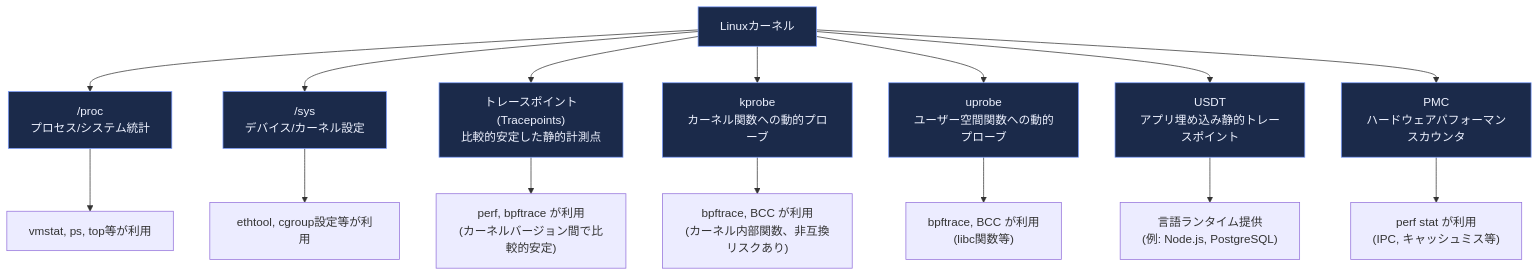
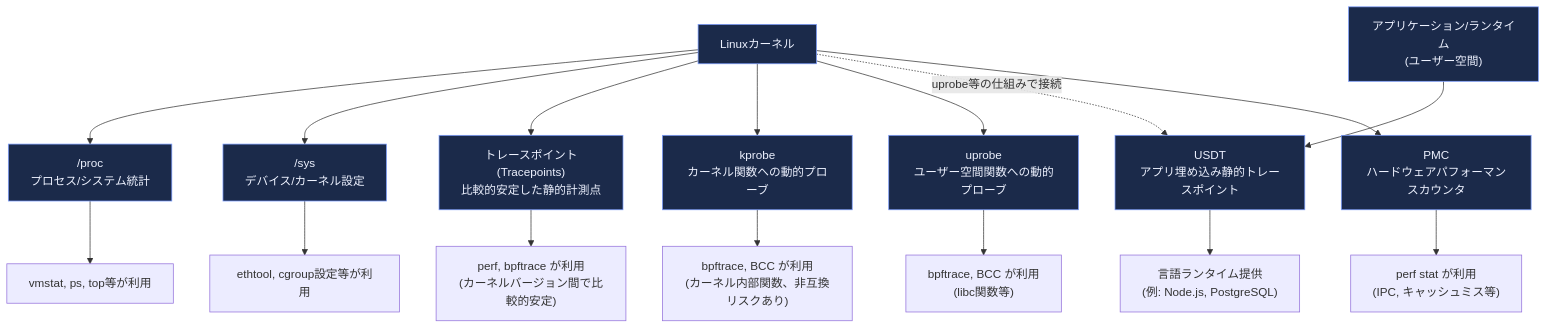
Before and after one commit to myoshi2891/Cloud-Infrastructure-Studies: the seventh of 18 diagrams in Systems-performance-guide.md, drawn with Mermaid. The commit also changed other lines of this file, not shown here.

Commit message:
docs: improve tracing architecture, Firecracker vs Nitro distinction, and BPF examples in Systems Performance guide

````diff
--- a/Systems-performance-guide.md
+++ b/Systems-performance-guide.md
@@ -222,21 +222,22 @@
 ```mermaid
 flowchart TB
     K["Linuxカーネル"] --> P1["/proc<br/>プロセス/システム統計"]
     K --> P2["/sys<br/>デバイス/カーネル設定"]
     K --> TP["トレースポイント<br/>(Tracepoints)<br/>比較的安定した静的計測点"]
     K --> KP["kprobe<br/>カーネル関数への動的プローブ"]
     K --> UP["uprobe<br/>ユーザー空間関数への動的プローブ"]
-    K --> USDT["USDT<br/>アプリ埋め込み静的トレースポイント"]
+    APP["アプリケーション/ランタイム<br/>(ユーザー空間)"] --> USDT["USDT<br/>アプリ埋め込み静的トレースポイント"]
+    K -.uprobe等の仕組みで接続.-> USDT
     K --> PMC["PMC<br/>ハードウェアパフォーマンスカウンタ"]
 
     P1 --> T1["vmstat, ps, top等が利用"]
     P2 --> T2["ethtool, cgroup設定等が利用"]
     TP --> T3["perf, bpftrace が利用<br/>(カーネルバージョン間で比較的安定)"]
     KP --> T4["bpftrace, BCC が利用<br/>(カーネル内部関数、非互換リスクあり)"]
     UP --> T5["bpftrace, BCC が利用<br/>(libc関数等)"]
     USDT --> T6["言語ランタイム提供<br/>(例: Node.js, PostgreSQL)"]
     PMC --> T7["perf stat が利用<br/>(IPC, キャッシュミス等)"]
 
     classDef src fill:#1b2a4a,stroke:#7c9eff,color:#eef2ff;
-    class K,P1,P2,TP,KP,UP,USDT,PMC src
+    class K,APP,P1,P2,TP,KP,UP,USDT,PMC src
 ```
````
